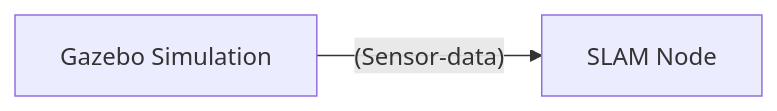
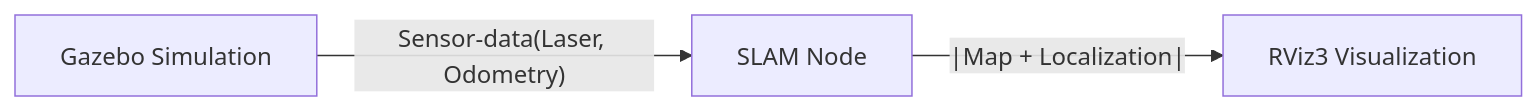
Before and after one commit to Ngigi33/Gazebo-Rviz2-Simulation-SLAM-and-Navigation: the diagram in README.md, drawn with Mermaid.

````diff
--- a/README.md
+++ b/README.md
@@ -28,4 +28,5 @@
 ```mermaid
 flowchart LR
-     A[Gazebo Simulation] --(Sensor-data)-->B[SLAM Node];
+     A[Gazebo Simulation] --Sensor-data(Laser, Odometry)-->B[SLAM Node];
+     B --|Map + Localization| -->C[RViz3 Visualization]
 ```
````
